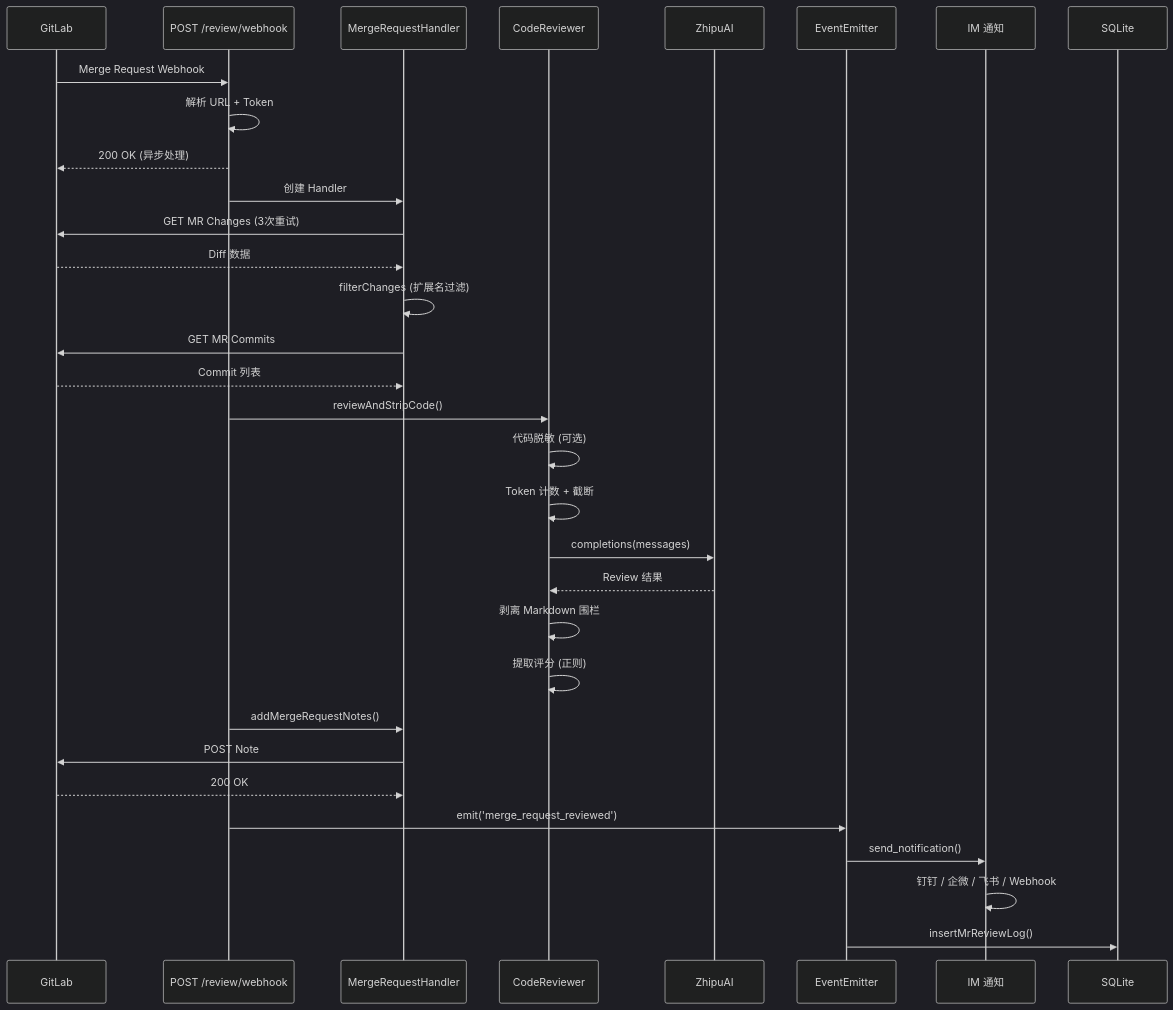
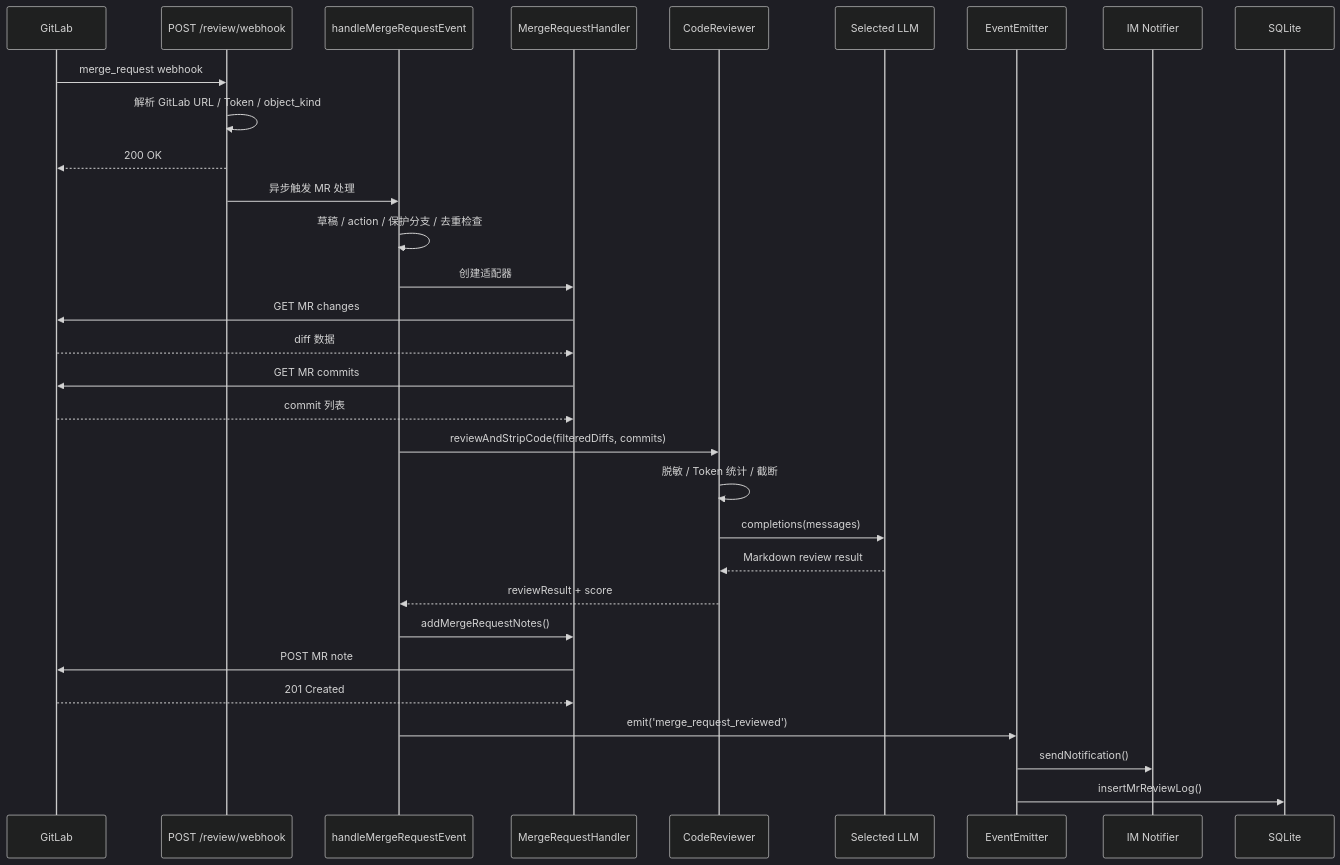
Before and after one commit to iplaycodex/ai-codereview-ts: the second of 3 diagrams in ARCHITECTURE.md, drawn with Mermaid (dark theme). The commit also changed other lines of this file and 2 other files, not shown here.

Commit message:
Harden config examples and simplify architecture docs

````diff
--- a/ARCHITECTURE.md
+++ b/ARCHITECTURE.md
@@ -109,39 +74,38 @@
 ```mermaid
 sequenceDiagram
     participant GL as GitLab
-    participant WH as POST /review/webhook
+    participant API as POST /review/webhook
+    participant H as handleMergeRequestEvent
     participant MR as MergeRequestHandler
     participant REV as CodeReviewer
-    participant LLM as ZhipuAI
+    participant LLM as Selected LLM
     participant EVT as EventEmitter
-    participant IM as IM 通知
+    participant IM as IM Notifier
     participant DB as SQLite
 
-    GL->>WH: Merge Request Webhook
-    WH->>WH: 解析 URL + Token
-    WH-->>GL: 200 OK (异步处理)
+    GL->>API: merge_request webhook
+    API->>API: 解析 GitLab URL / Token / object_kind
+    API-->>GL: 200 OK
 
-    WH->>MR: 创建 Handler
-    MR->>GL: GET MR Changes (3次重试)
-    GL-->>MR: Diff 数据
-    MR->>MR: filterChanges (扩展名过滤)
-    MR->>GL: GET MR Commits
-    GL-->>MR: Commit 列表
+    API->>H: 异步触发 MR 处理
+    H->>H: 草稿 / action / 保护分支 / 去重检查
+    H->>MR: 创建适配器
+    MR->>GL: GET MR changes
+    GL-->>MR: diff 数据
+    MR->>GL: GET MR commits
+    GL-->>MR: commit 列表
 
-    WH->>REV: reviewAndStripCode()
-    REV->>REV: 代码脱敏 (可选)
-    REV->>REV: Token 计数 + 截断
+    H->>REV: reviewAndStripCode(filteredDiffs, commits)
+    REV->>REV: 脱敏 / Token 统计 / 截断
     REV->>LLM: completions(messages)
-    LLM-->>REV: Review 结果
-    REV->>REV: 剥离 Markdown 围栏
-    REV->>REV: 提取评分 (正则)
+    LLM-->>REV: Markdown review result
+    REV-->>H: reviewResult + score
 
-    WH->>MR: addMergeRequestNotes()
-    MR->>GL: POST Note
-    GL-->>MR: 200 OK
+    H->>MR: addMergeRequestNotes()
+    MR->>GL: POST MR note
+    GL-->>MR: 201 Created
 
-    WH->>EVT: emit('merge_request_reviewed')
-    EVT->>IM: send_notification()
-    IM->>IM: 钉钉 / 企微 / 飞书 / Webhook
+    H->>EVT: emit('merge_request_reviewed')
+    EVT->>IM: sendNotification()
     EVT->>DB: insertMrReviewLog()
 ```
````
